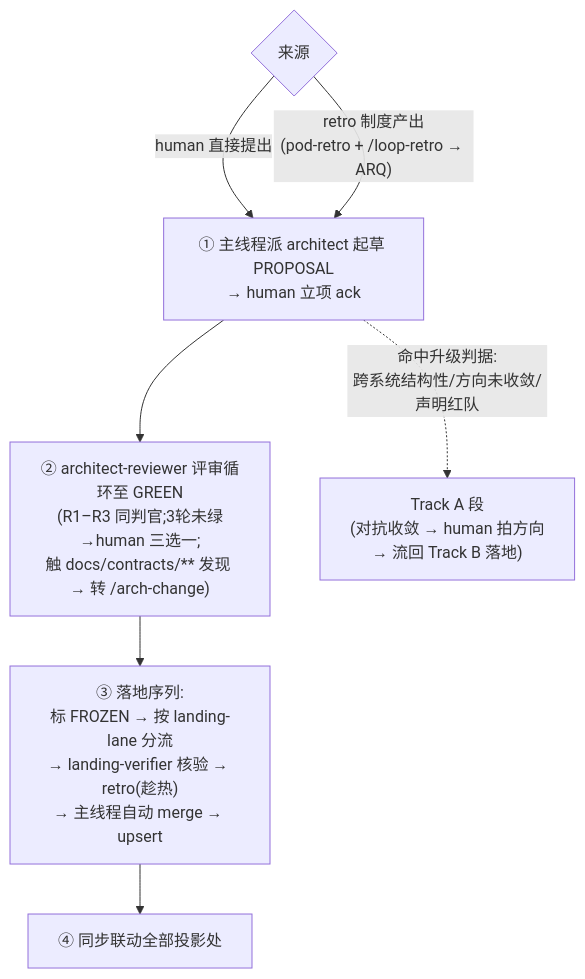
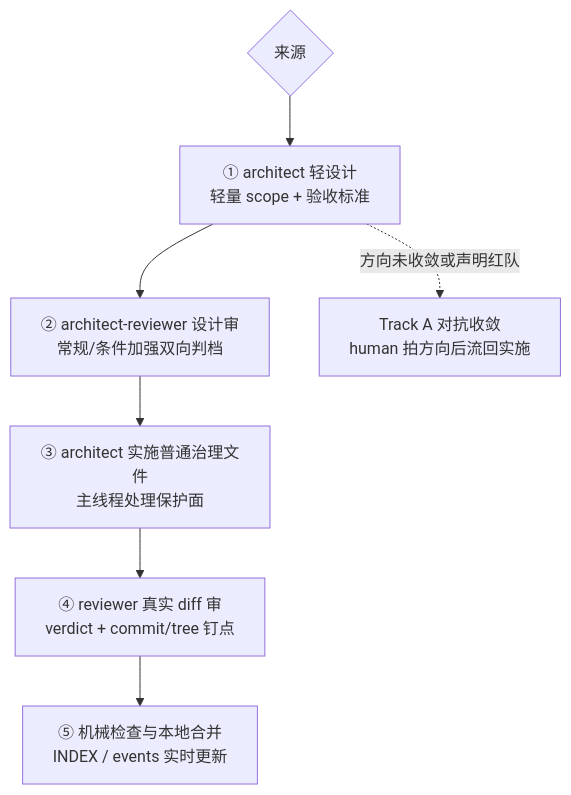
One commit to fandanpeng/KidPal changed the fourth of 5 diagrams in docs/DEV-GOVERNANCE.md. Above: the diagram before and after it, drawn with Mermaid. The commit also changed other lines of this file and 9 other files, not shown here.

````diff
--- a/docs/DEV-GOVERNANCE.md
+++ b/docs/DEV-GOVERNANCE.md
@@ -132,9 +132,9 @@
 ```mermaid
 flowchart TD
-    SRC{"来源"} -->|"human 直接提出"| D1
-    SRC -->|"retro 制度产出<br/>(pod-retro + /loop-retro → ARQ)"| D1
-    D1["① 主线程派 architect 起草 PROPOSAL<br/>→ human 立项 ack"] --> REV["② architect-reviewer 评审循环至 GREEN<br/>(R1–R3 同判官;3轮未绿→human 三选一;<br/>触 docs/contracts/** 发现 → 转 /arch-change)"]
-    REV --> SEQ["③ 落地序列:<br/>标 FROZEN → 按 landing-lane 分流<br/>→ landing-verifier 核验 → retro(趁热)<br/>→ 主线程自动 merge → upsert"]
-    SEQ --> SYNC["④ 同步联动全部投影处"]
-    D1 -.->|"命中升级判据:<br/>跨系统结构性/方向未收敛/声明红队"| TA["Track A 段<br/>(对抗收敛 → human 拍方向<br/>→ 流回 Track B 落地)"]
+    SRC{"来源"} --> D1["① architect 轻设计<br/>轻量 scope + 验收标准"]
+    D1 --> REV["② architect-reviewer 设计审<br/>常规/条件加强双向判档"]
+    REV --> IMP["③ architect 实施普通治理文件<br/>主线程处理保护面"]
+    IMP --> DIFF["④ reviewer 真实 diff 审<br/>verdict + commit/tree 钉点"]
+    DIFF --> GATE["⑤ 机械检查与本地合并<br/>INDEX / events 实时更新"]
+    D1 -.->|"方向未收敛或声明红队"| TA["Track A 对抗收敛<br/>human 拍方向后流回实施"]
 ```
````
